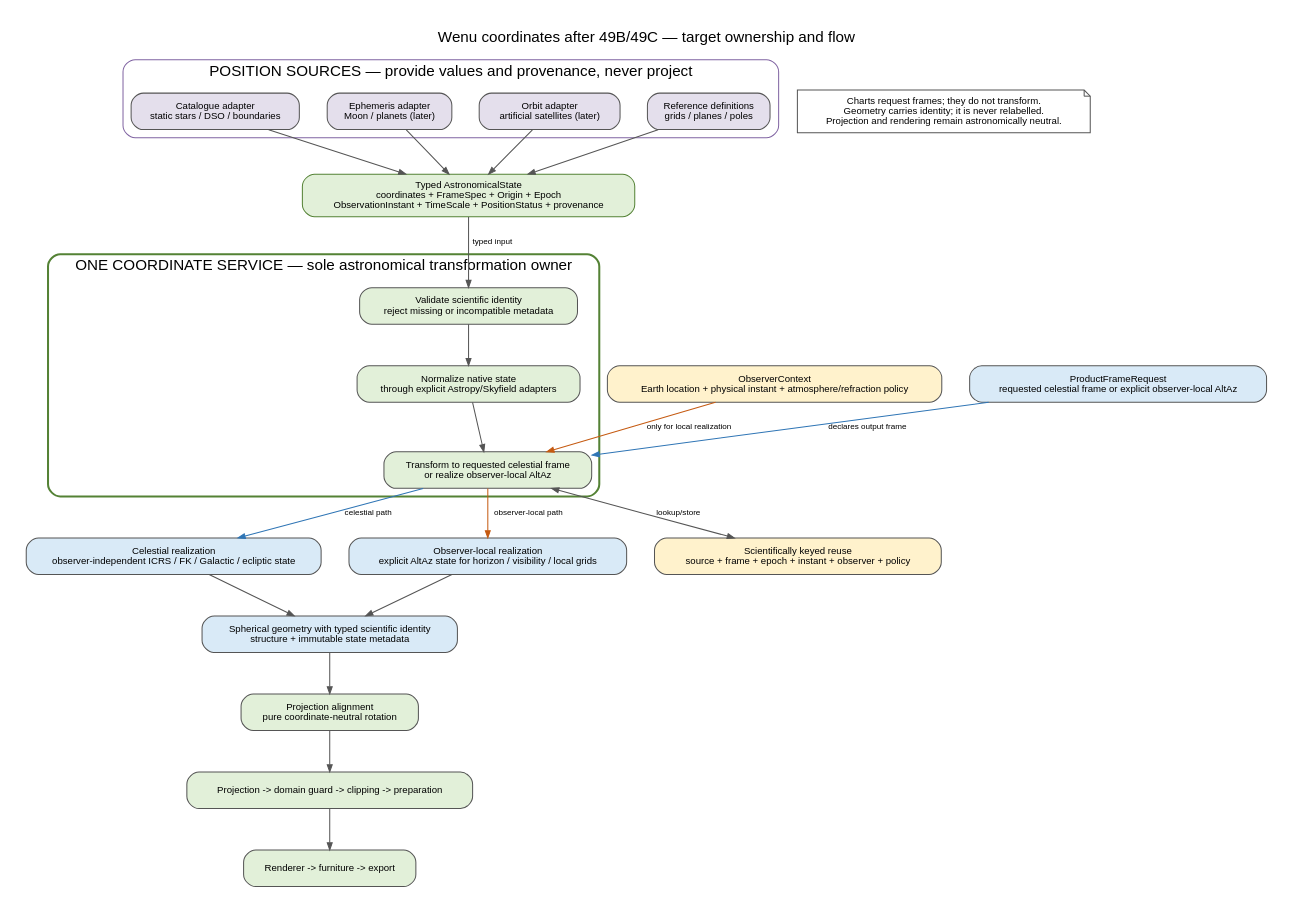
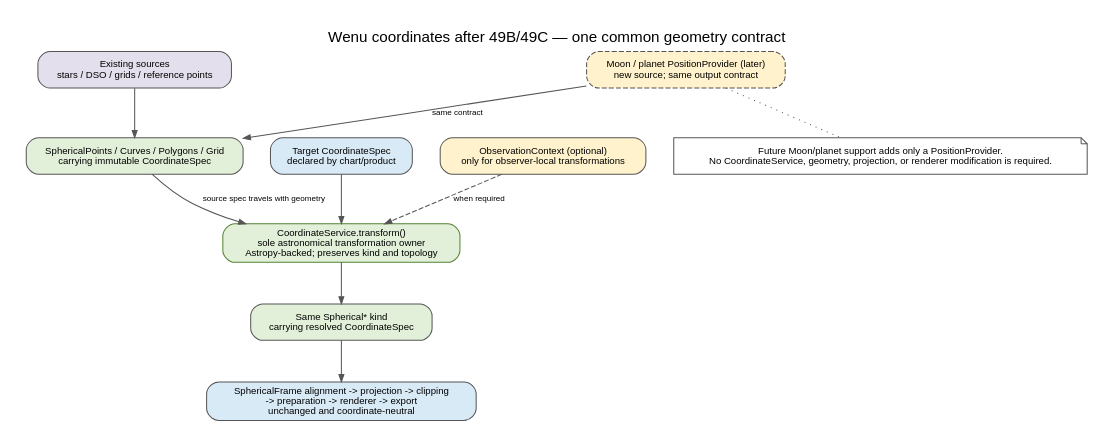
The diagram in docs/developer/diagrams/coordinate_transformation_target_49bc.dot (fselman/wenu), drawn with Graphviz before and after one commit. The commit also changed other lines of this file and 9 other files, not shown here.

Commit message:
Simplify 49B/49C coordinate target diagrams

```diff
--- a/docs/developer/diagrams/coordinate_transformation_target_49bc.dot
+++ b/docs/developer/diagrams/coordinate_transformation_target_49bc.dot
@@ -1,59 +1,21 @@
 digraph coordinate_target_49bc {
   graph [rankdir=TB, bgcolor="white", fontname="Helvetica", fontsize=15,
-    label="Wenu coordinates after 49B/49C — target ownership and flow",
+    label="Wenu coordinates after 49B/49C — one common geometry contract",
     labelloc="t", nodesep=0.38, ranksep=0.55, pad=0.25];
-  node [shape=box, style="rounded,filled", fillcolor="#f7f7f7",
-    color="#555555", fontname="Helvetica", fontsize=9.5, margin="0.12,0.08"];
+  node [shape=box, style="rounded,filled", fillcolor="#f7f7f7", color="#555555", fontname="Helvetica", fontsize=9.5];
   edge [color="#555555", fontname="Helvetica", fontsize=8, arrowsize=0.7];
-
-  subgraph cluster_sources {
-    label="POSITION SOURCES — provide values and provenance, never project";
-    color="#8064a2"; style="rounded";
-    catalogue [label="Catalogue adapter\nstatic stars / DSO / boundaries", fillcolor="#e4dfec"];
-    ephemeris [label="Ephemeris adapter\nMoon / planets (later)", fillcolor="#e4dfec"];
-    orbit [label="Orbit adapter\nartificial satellites (later)", fillcolor="#e4dfec"];
-    references [label="Reference definitions\ngrids / planes / poles", fillcolor="#e4dfec"];
-  }
-
-  state [label="Typed AstronomicalState\ncoordinates + FrameSpec + Origin + Epoch\nObservationInstant + TimeScale + PositionStatus + provenance",
-    fillcolor="#e2f0d9", color="#548235"];
-  observer [label="ObserverContext\nEarth location + physical instant + atmosphere/refraction policy",
-    fillcolor="#fff2cc"];
-  request [label="ProductFrameRequest\nrequested celestial frame or explicit observer-local AltAz",
-    fillcolor="#d9eaf7"];
-
-  subgraph cluster_service {
-    label="ONE COORDINATE SERVICE — sole astronomical transformation owner";
-    color="#548235"; style="rounded,bold";
-    validate [label="Validate scientific identity\nreject missing or incompatible metadata", fillcolor="#e2f0d9"];
-    normalize [label="Normalize native state\nthrough explicit Astropy/Skyfield adapters", fillcolor="#e2f0d9"];
-    transform [label="Transform to requested celestial frame\nor realize observer-local AltAz", fillcolor="#e2f0d9"];
-    validate -> normalize -> transform;
-  }
-
-  celestial [label="Celestial realization\nobserver-independent ICRS / FK / Galactic / ecliptic state",
-    fillcolor="#d9eaf7"];
-  local [label="Observer-local realization\nexplicit AltAz state for horizon / visibility / local grids",
-    fillcolor="#d9eaf7"];
-  geometry [label="Spherical geometry with typed scientific identity\nstructure + immutable state metadata",
-    fillcolor="#d9eaf7"];
-  cache [label="Scientifically keyed reuse\nsource + frame + epoch + instant + observer + policy",
-    fillcolor="#fff2cc"];
-
-  alignment [label="Projection alignment\npure coordinate-neutral rotation", fillcolor="#e2f0d9"];
-  projection [label="Projection -> domain guard -> clipping -> preparation", fillcolor="#e2f0d9"];
-  render [label="Renderer -> furniture -> export", fillcolor="#e2f0d9"];
-
-  catalogue -> state; ephemeris -> state; orbit -> state; references -> state;
-  state -> validate [label="typed input"];
-  observer -> transform [label="only for local realization", color="#c55a11"];
-  request -> transform [label="declares output frame", color="#2f75b5"];
-  transform -> celestial [label="celestial path", color="#2f75b5"];
-  transform -> local [label="observer-local path", color="#c55a11"];
-  celestial -> geometry; local -> geometry;
-  transform -> cache [dir=both, label="lookup/store"];
-  geometry -> alignment -> projection -> render;
-
-  invariant [shape=note, fillcolor="#ffffff",
-    label="Charts request frames; they do not transform.\nGeometry carries identity; it is never relabelled.\nProjection and rendering remain astronomically neutral."];
+  sources [label="Existing sources\nstars / DSO / grids / reference points", fillcolor="#e4dfec"];
+  moving [label="Moon / planet PositionProvider (later)\nnew source; same output contract", fillcolor="#fff2cc", style="rounded,dashed,filled"];
+  geometry [label="SphericalPoints / Curves / Polygons / Grid\ncarrying immutable CoordinateSpec", fillcolor="#e2f0d9"];
+  target [label="Target CoordinateSpec\ndeclared by chart/product", fillcolor="#d9eaf7"];
+  observation [label="ObservationContext (optional)\nonly for observer-local transformations", fillcolor="#fff2cc"];
+  service [label="CoordinateService.transform()\nsole astronomical transformation owner\nAstropy-backed; preserves kind and topology", fillcolor="#e2f0d9", color="#548235"];
+  resolved [label="Same Spherical* kind\ncarrying resolved CoordinateSpec", fillcolor="#e2f0d9"];
+  downstream [label="SphericalFrame alignment -> projection -> clipping\n-> preparation -> renderer -> export\nunchanged and coordinate-neutral", fillcolor="#d9eaf7"];
+  sources -> geometry; moving -> geometry [label="same contract"];
+  geometry -> service [label="source spec travels with geometry"];
+  target -> service; observation -> service [style=dashed, label="when required"];
+  service -> resolved -> downstream;
+  invariant [shape=note, fillcolor="#ffffff", label="Future Moon/planet support adds only a PositionProvider.\nNo CoordinateService, geometry, projection, or renderer modification is required."];
+  moving -> invariant [style=dotted, arrowhead=none];
 }
```
